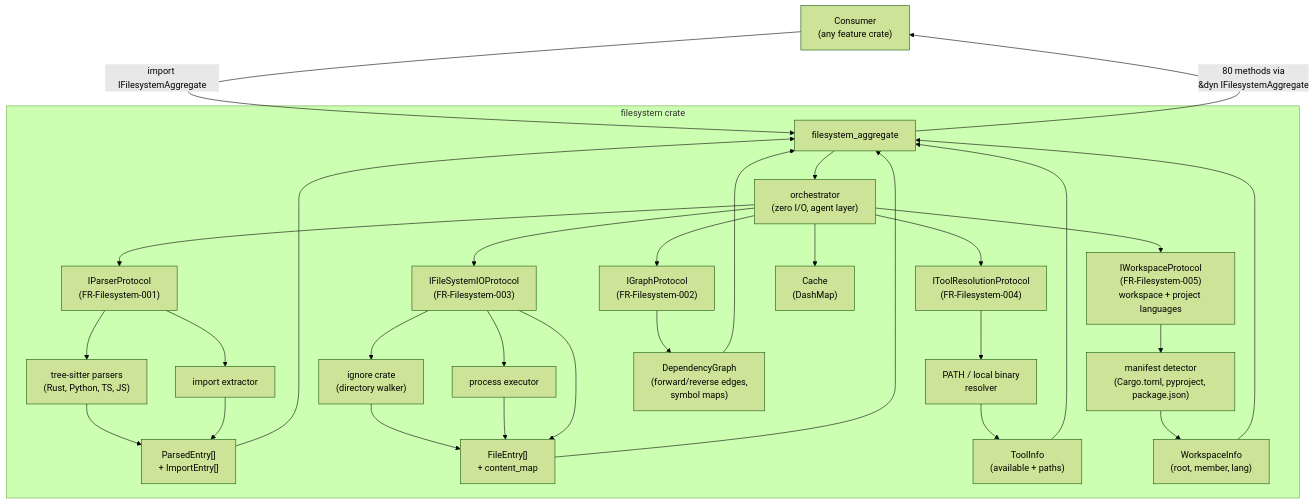
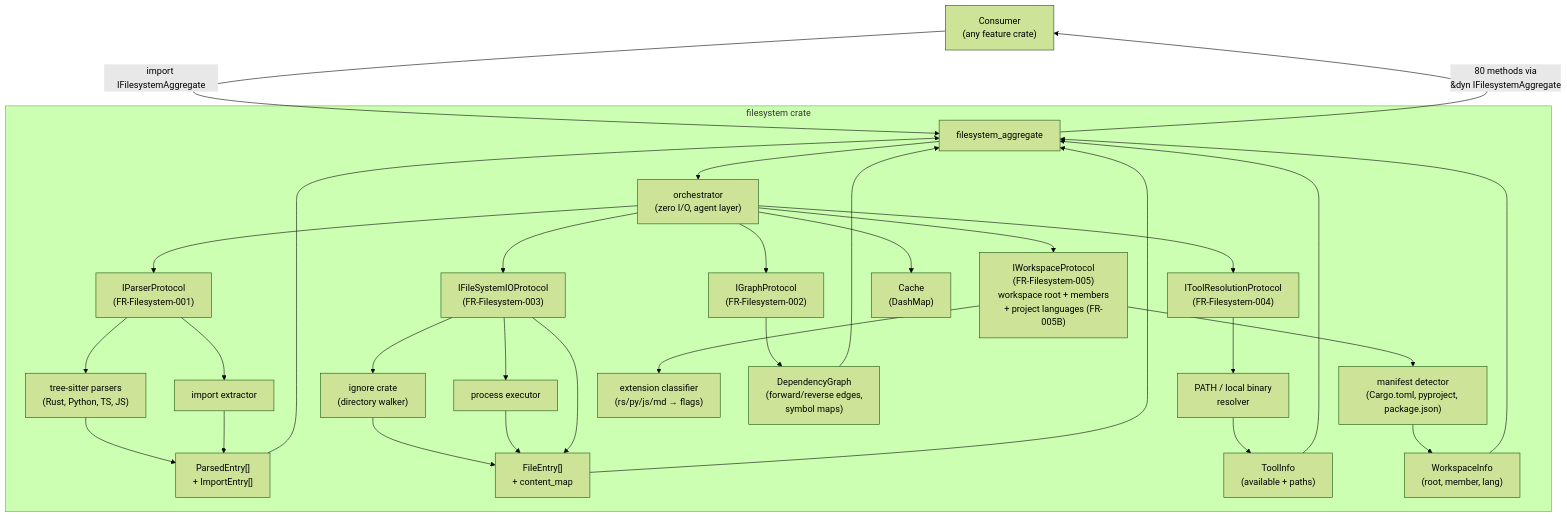
Before and after one commit to rakaarwaky/lint-arwaky: the diagram in crates/filesystem/FRD.md, drawn with Mermaid (forest theme). The commit also changed other lines of this file and 26 other files, not shown here.

````diff
--- a/crates/filesystem/FRD.md
+++ b/crates/filesystem/FRD.md
@@ -17,38 +17,39 @@
 ```mermaid
 flowchart TD
     A["Consumer\n(any feature crate)"] -->|"import IFilesystemAggregate"| D["filesystem_aggregate"]
 
     subgraph FS ["filesystem crate"]
         D --> O["orchestrator\n(zero I/O, agent layer)"]
         O --> P1["IParserProtocol\n(FR-Filesystem-001)"]
         O --> P2["IGraphProtocol\n(FR-Filesystem-002)"]
         O --> P3["IFileSystemIOProtocol\n(FR-Filesystem-003)"]
         O --> P4["IToolResolutionProtocol\n(FR-Filesystem-004)"]
-        O --> P5["IWorkspaceProtocol\n(FR-Filesystem-005)\nworkspace + project languages"]
+        O --> P5["IWorkspaceProtocol\n(FR-Filesystem-005)\nworkspace root + members\n+ project languages (FR-005B)"]
         O --> C["Cache\n(DashMap)"]
 
         P1 --> T1["tree-sitter parsers\n(Rust, Python, TS, JS)"]
         P1 --> T2["import extractor"]
         P3 --> T3["ignore crate\n(directory walker)"]
         P3 --> T4["process executor"]
         P4 --> T5["PATH / local binary\nresolver"]
         P5 --> T6["manifest detector\n(Cargo.toml, pyproject, package.json)"]
+        P5 --> T7["extension classifier\n(rs/py/js/md → flags)"]
 
         T1 --> R1["ParsedEntry[]\n+ ImportEntry[]"]
         T2 --> R1
         P2 --> R2["DependencyGraph\n(forward/reverse edges,\nsymbol maps)"]
         T3 --> R3["FileEntry[]\n+ content_map"]
         T4 --> R3
         P3 --> R3
         T5 --> R4["ToolInfo\n(available + paths)"]
         T6 --> R5["WorkspaceInfo\n(root, member, lang)"]
     end
 
     R1 --> D
     R2 --> D
     R3 --> D
     R4 --> D
     R5 --> D
     D -->|"80 methods via\n&dyn IFilesystemAggregate"| A
 
 ```
````
